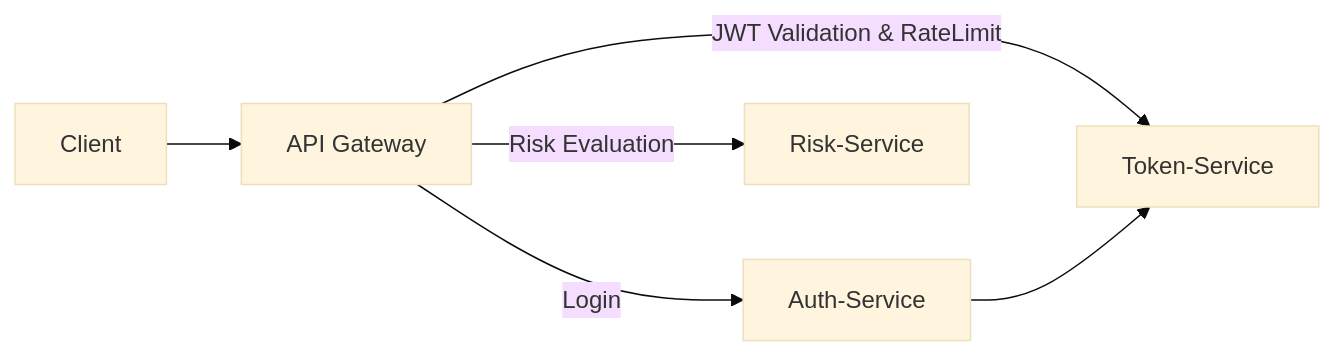
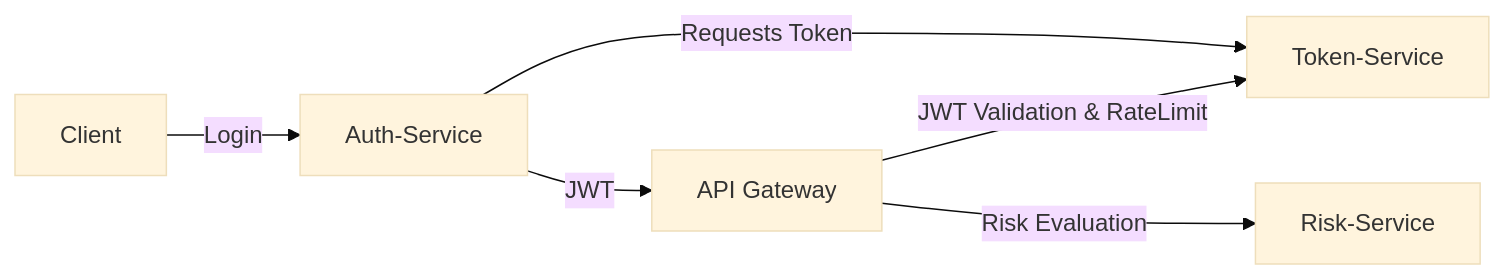
The diagram in README.md (CarlosOrtiz19/iam-poc), drawn with Mermaid (base theme) before and after one commit. The commit also changed other lines of this file, not shown here.

````diff
--- a/README.md
+++ b/README.md
@@ -60,9 +60,9 @@
 ```mermaid
 flowchart LR
-    C[Client] --> G[API Gateway]
+    C[Client] -->|Login| A[Auth-Service]
+    A -->|Requests Token| T[Token-Service]
+
+    A -->|JWT| G[API Gateway]
     G -->|JWT Validation & RateLimit| T[Token-Service]
-    G -->|Login| A[Auth-Service]
     G -->|Risk Evaluation| R[Risk-Service]
-
-    A --> T
 ```
````
